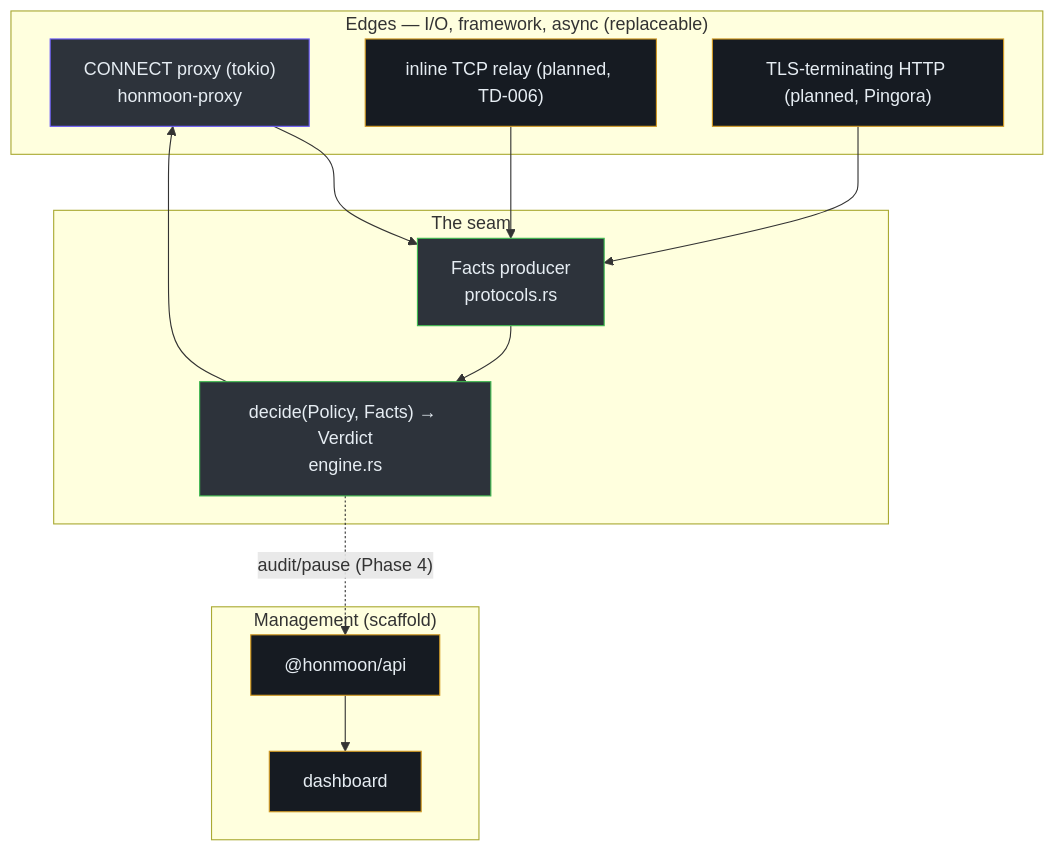
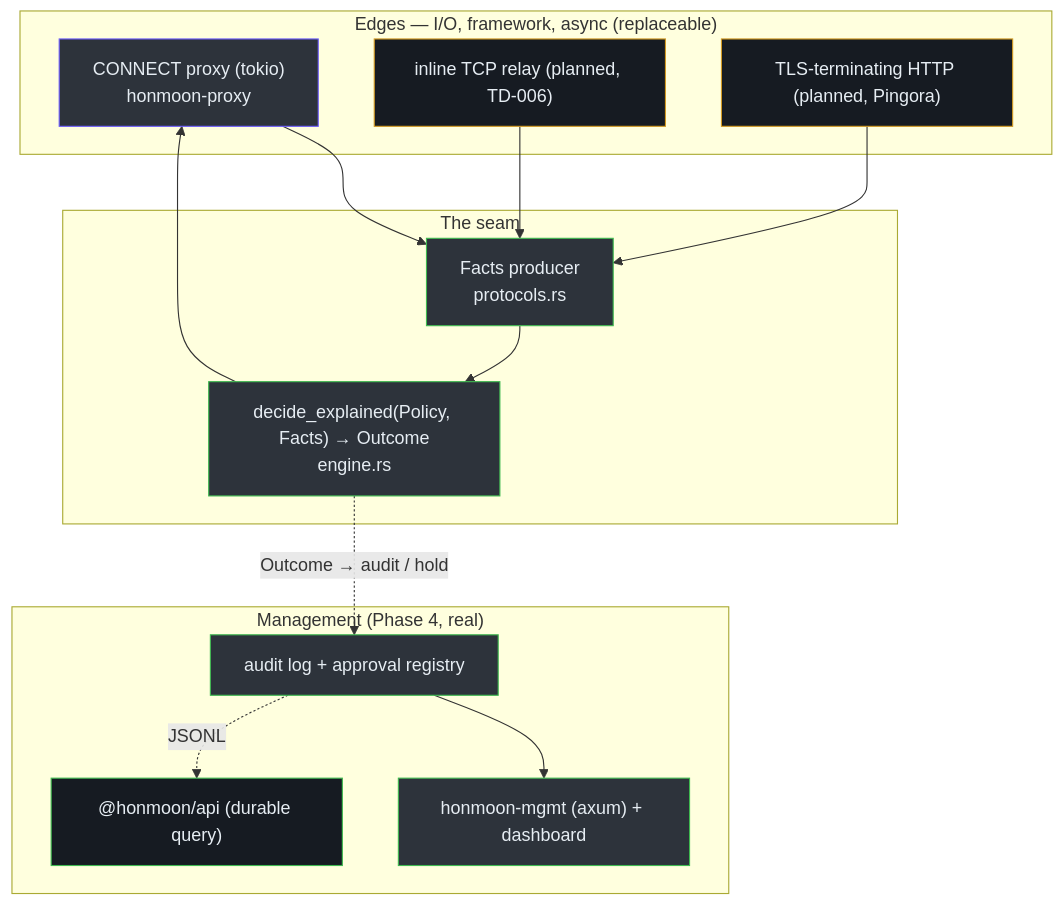
The first of 2 diagrams in wiki/onboarding/staff-engineer-guide.md (pleaseai/honmoon), drawn with Mermaid before and after one commit. The commit also changed other lines of this file and 19 other files, not shown here.

Commit message:
docs(wiki): refresh for Phase 4 (pause approval, audit log, dashboard, honmoon-mgmt)

````diff
--- a/wiki/onboarding/staff-engineer-guide.md
+++ b/wiki/onboarding/staff-engineer-guide.md
@@ -38,29 +38,33 @@
 ```mermaid
 flowchart TB
   subgraph edge["Edges — I/O, framework, async (replaceable)"]
     connect["CONNECT proxy (tokio)<br>honmoon-proxy"]
     relay["inline TCP relay (planned, TD-006)"]
     tls["TLS-terminating HTTP (planned, Pingora)"]
   end
   subgraph seam["The seam"]
     facts["Facts producer<br>protocols.rs"]
-    decide["decide(Policy, Facts) → Verdict<br>engine.rs"]
+    decide["decide_explained(Policy, Facts) → Outcome<br>engine.rs"]
   end
-  subgraph mgmt["Management (scaffold)"]
-    api["@honmoon/api"]
-    dash["dashboard"]
+  subgraph mgmt["Management (Phase 4, real)"]
+    audit["audit log + approval registry"]
+    api["honmoon-mgmt (axum) + dashboard"]
+    tapi["@honmoon/api (durable query)"]
   end
   connect --> facts
   relay --> facts
   tls --> facts
   facts --> decide
   decide --> connect
-  decide -. "audit/pause (Phase 4)" .-> api --> dash
+  decide -. "Outcome → audit / hold" .-> audit
+  audit --> api
+  audit -. "JSONL" .-> tapi
   style connect fill:#2d333b,stroke:#6d5dfc,color:#e6edf3
   style relay fill:#161b22,stroke:#d29922,color:#e6edf3
   style tls fill:#161b22,stroke:#d29922,color:#e6edf3
   style facts fill:#2d333b,stroke:#3fb950,color:#e6edf3
   style decide fill:#2d333b,stroke:#3fb950,color:#e6edf3
-  style api fill:#161b22,stroke:#d29922,color:#e6edf3
-  style dash fill:#161b22,stroke:#d29922,color:#e6edf3
+  style audit fill:#2d333b,stroke:#3fb950,color:#e6edf3
+  style api fill:#2d333b,stroke:#3fb950,color:#e6edf3
+  style tapi fill:#161b22,stroke:#3fb950,color:#e6edf3
 ```
````
